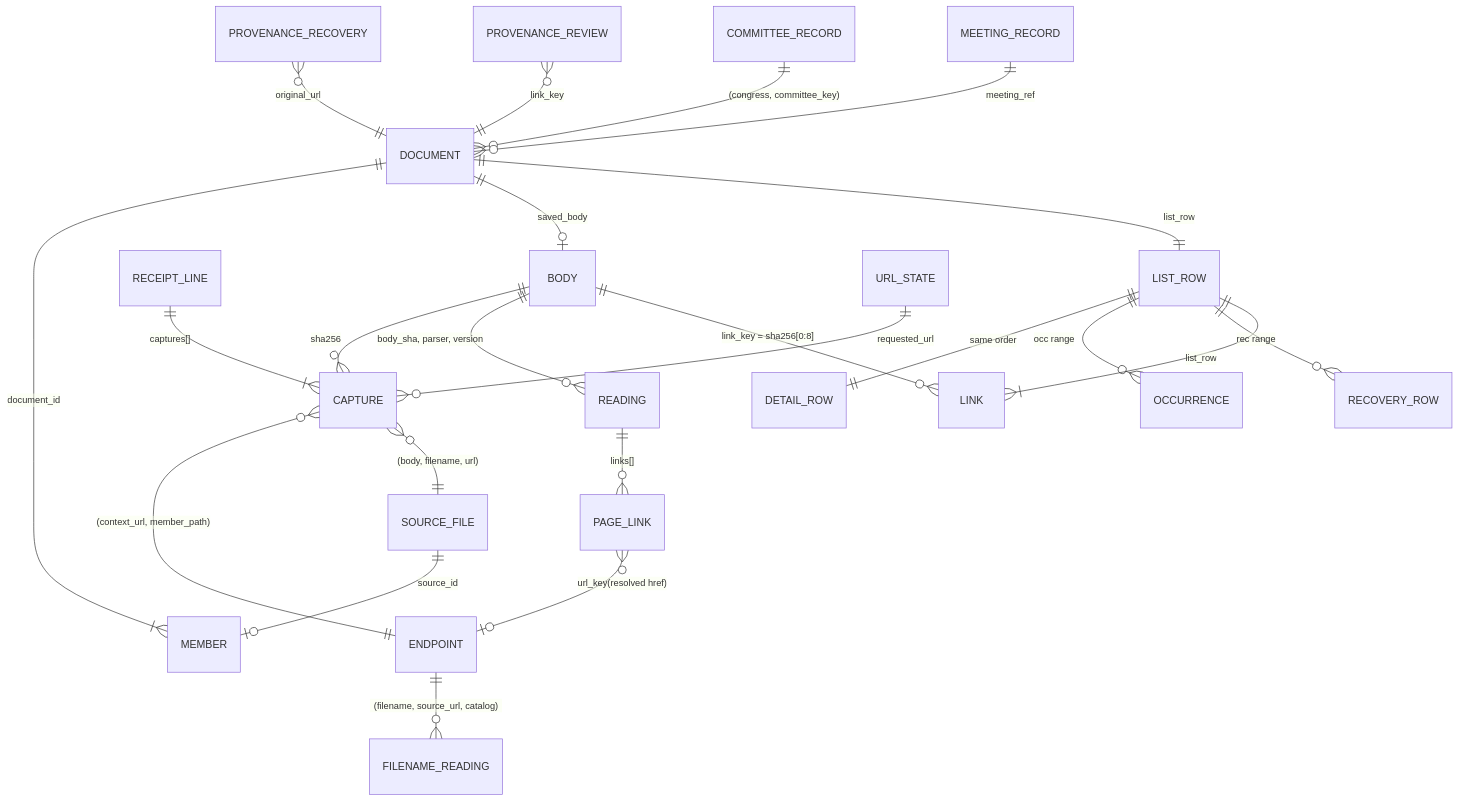
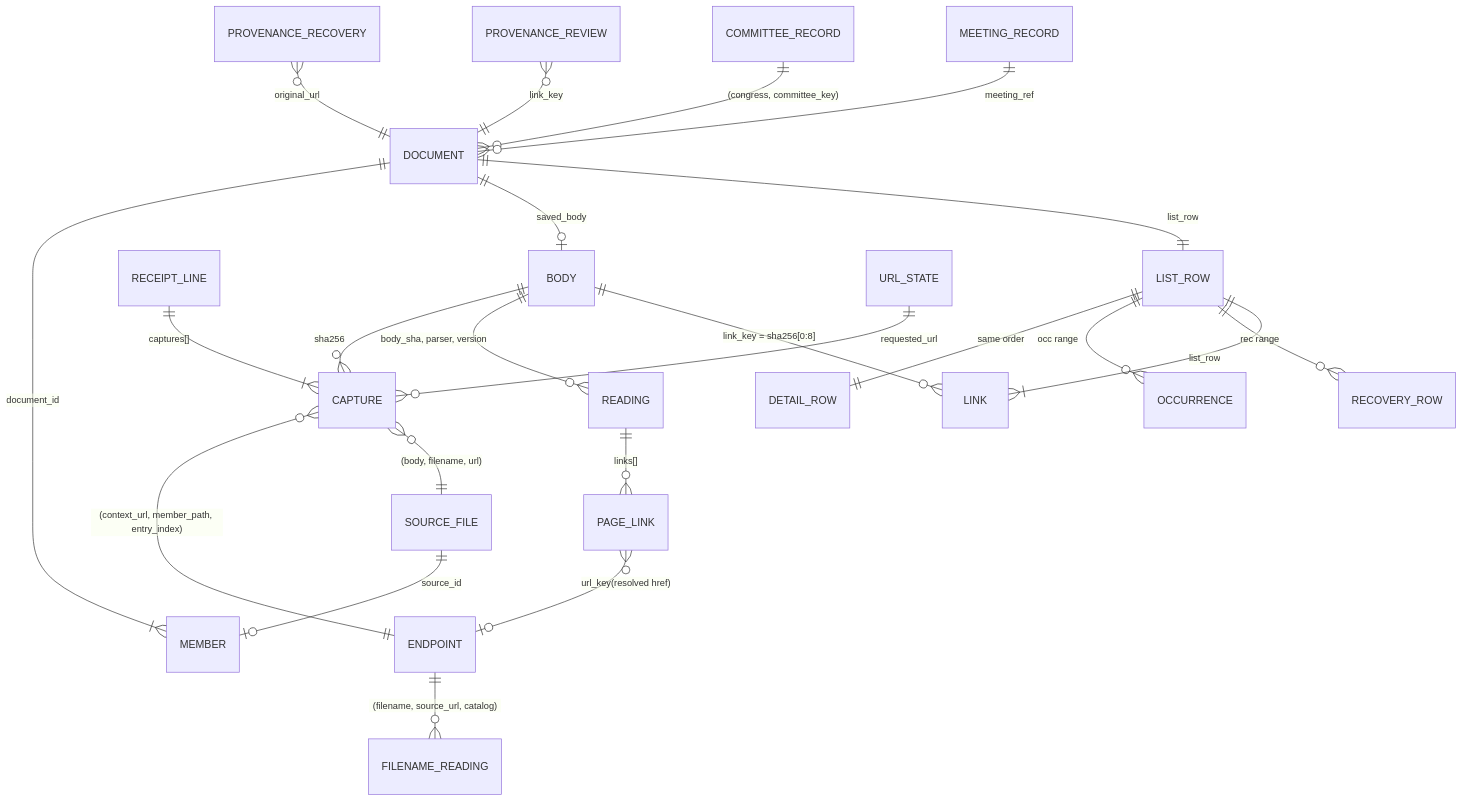
The diagram in docs/engine-first-data-model.md (civictechdc/congressional-tech), drawn with Mermaid before and after one commit. The commit also changed other lines of this file and 18 other files, not shown here.

````diff
--- a/docs/engine-first-data-model.md
+++ b/docs/engine-first-data-model.md
@@ -580,25 +602,25 @@
 ```mermaid
 erDiagram
   BODY ||--o{ CAPTURE : "sha256"
   RECEIPT_LINE ||--|{ CAPTURE : "captures[]"
-  CAPTURE }o--|| ENDPOINT : "(context_url, member_path)"
+  CAPTURE }o--|| ENDPOINT : "(context_url, member_path, entry_index)"
   BODY ||--o{ READING : "body_sha, parser, version"
   READING ||--o{ PAGE_LINK : "links[]"
   PAGE_LINK }o--o| ENDPOINT : "url_key(resolved href)"
   ENDPOINT ||--o{ FILENAME_READING : "(filename, source_url, catalog)"
   CAPTURE }o--|| SOURCE_FILE : "(body, filename, url)"
   SOURCE_FILE ||--o| MEMBER : "source_id"
   DOCUMENT ||--|{ MEMBER : "document_id"
   DOCUMENT ||--o| BODY : "saved_body"
   DOCUMENT ||--|| LIST_ROW : "list_row"
   LIST_ROW ||--|| DETAIL_ROW : "same order"
   LIST_ROW ||--o{ OCCURRENCE : "occ range"
   LIST_ROW ||--o{ RECOVERY_ROW : "rec range"
   LIST_ROW ||--|{ LINK : "list_row"
   BODY ||--o{ LINK : "link_key = sha256[0:8]"
   PROVENANCE_RECOVERY }o--|| DOCUMENT : "original_url"
   PROVENANCE_REVIEW }o--|| DOCUMENT : "link_key"
   URL_STATE ||--o{ CAPTURE : "requested_url"
   COMMITTEE_RECORD ||--o{ DOCUMENT : "(congress, committee_key)"
   MEETING_RECORD ||--o{ DOCUMENT : "meeting_ref"
 ```
````
